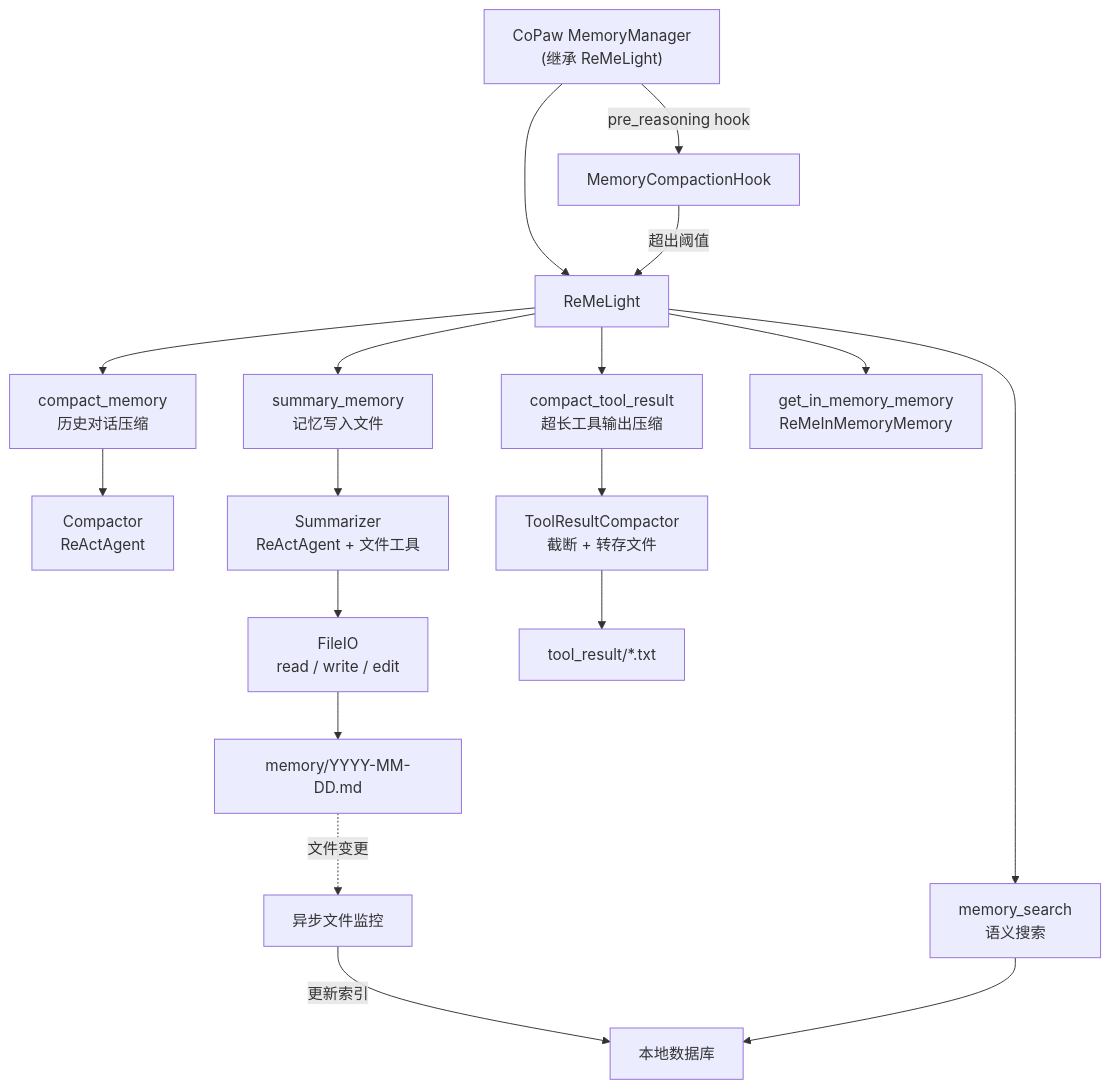
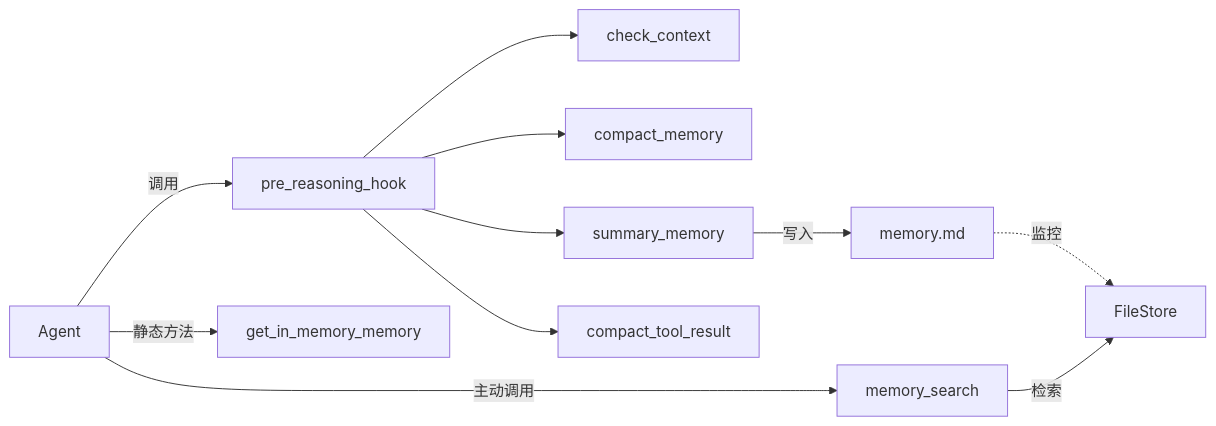
One commit to agentscope-ai/ReMe changed the first of 9 diagrams in README_ZH.md. Above: the diagram before and after it, drawn with Mermaid. The commit also changed other lines of this file and 2 other files, not shown here.

Commit message:
docs(readme): update documentation with detailed architecture and components

````diff
--- a/README_ZH.md
+++ b/README_ZH.md
@@ -173,20 +172,13 @@
 ```mermaid
-graph TB
-    CoPaw["CoPaw MemoryManager<br>(继承 ReMeLight)"] -->|pre_reasoning hook| Hook[MemoryCompactionHook]
-    CoPaw --> ReMeLight[ReMeLight]
-    Hook -->|超出阈值| ReMeLight
-    ReMeLight --> CompactMemory[compact_memory<br>历史对话压缩]
-    ReMeLight --> SummaryMemory[summary_memory<br>记忆写入文件]
-    ReMeLight --> CompactToolResult[compact_tool_result<br>超长工具输出压缩]
-    ReMeLight --> MemSearch[memory_search<br>语义搜索]
-    ReMeLight --> InMemory[get_in_memory_memory<br>ReMeInMemoryMemory]
-    CompactMemory --> Compactor[Compactor<br>ReActAgent]
-    SummaryMemory --> Summarizer[Summarizer<br>ReActAgent + 文件工具]
-    CompactToolResult --> ToolResultCompactor[ToolResultCompactor<br>截断 + 转存文件]
-    Summarizer --> FileIO[FileIO<br>read / write / edit]
-    FileIO --> MemoryFiles[memory/YYYY-MM-DD.md]
-    ToolResultCompactor --> ToolResultFiles[tool_result/*.txt]
-    MemoryFiles -.->|文件变更| FileWatcher[异步文件监控]
-    FileWatcher -->|更新索引| FileStore[本地数据库]
-    MemSearch --> FileStore
+graph LR
+    Agent[Agent] -->|调用| Hook[pre_reasoning_hook]
+    Hook --> CheckCtx[check_context]
+    Hook --> Compact[compact_memory]
+    Hook --> Summary[summary_memory]
+    Hook --> ToolCompact[compact_tool_result]
+    Agent -->|主动调用| Search[memory_search]
+    Agent -->|静态方法| InMem[get_in_memory_memory]
+    Summary -->|写入| Files[memory.md]
+    Files -.->|监控| Store[FileStore]
+    Search -->|检索| Store
 ```
````
